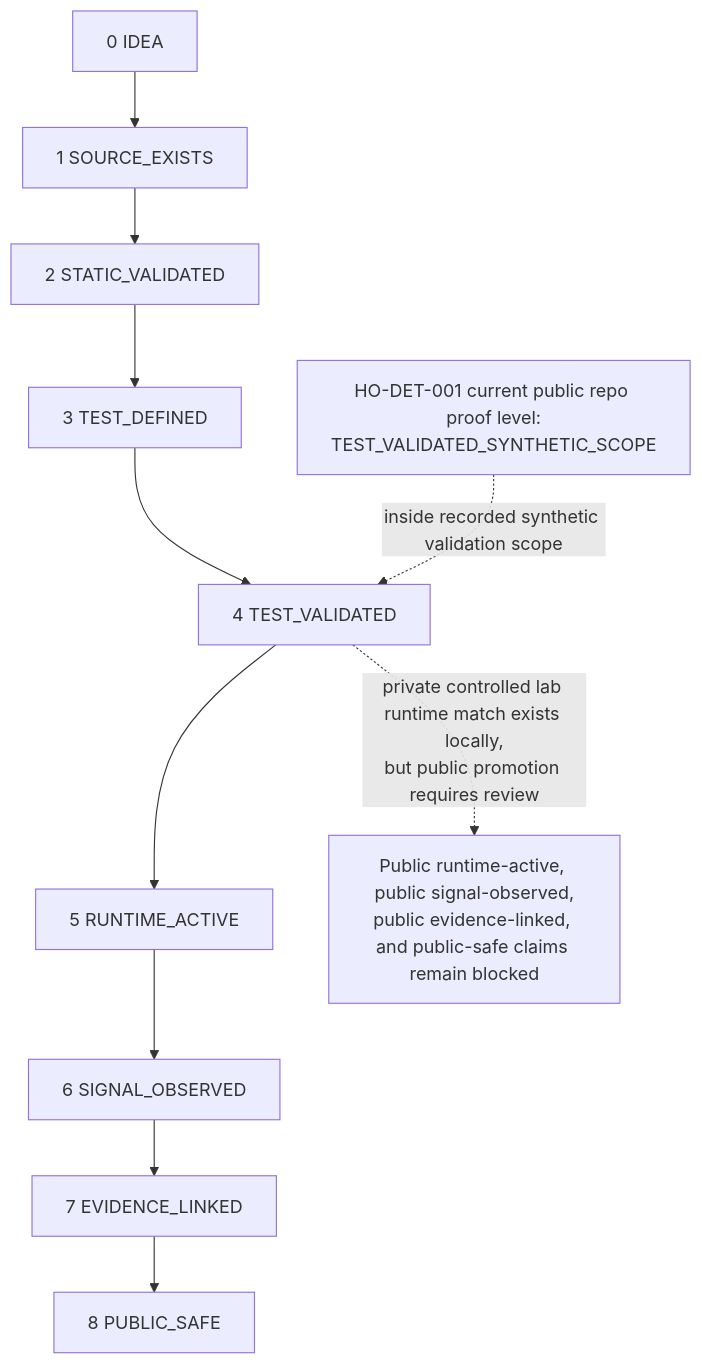
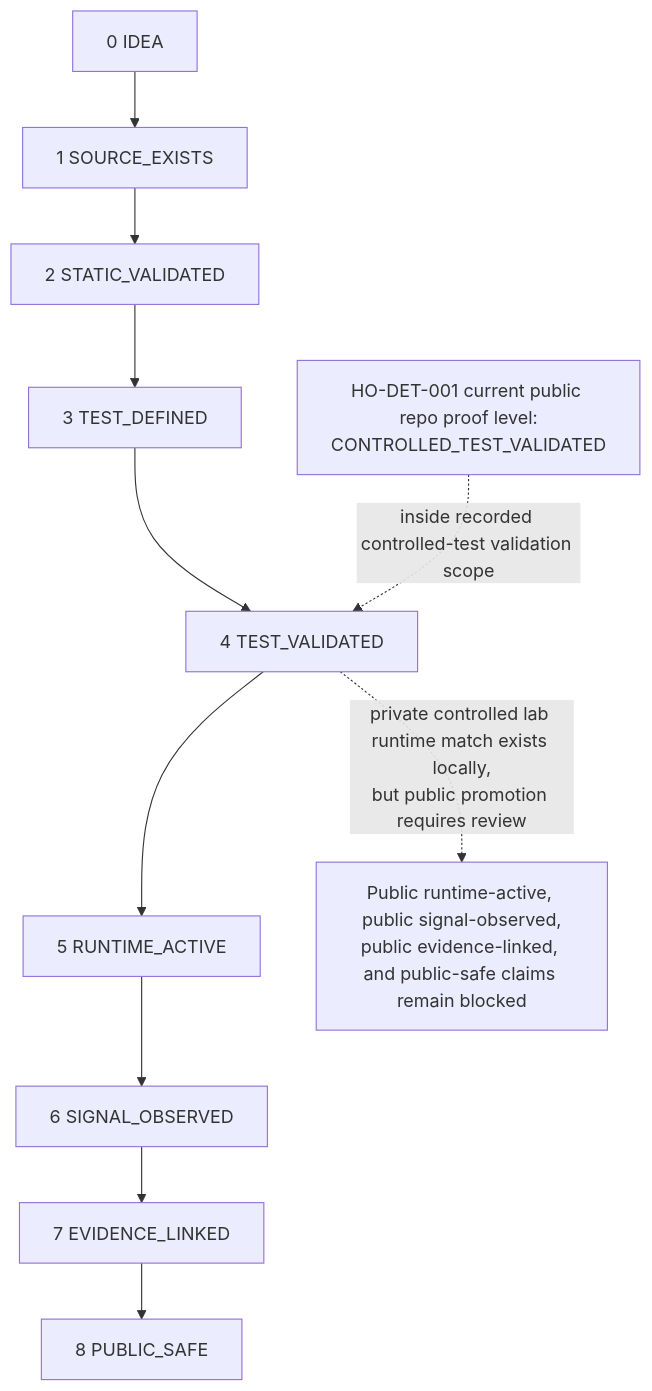
Before and after one commit to HawkinsOperations/.github: the third of 6 diagrams in wiki/11_ORG_SYSTEM_MAP.md, drawn with Mermaid. The commit also changed other lines of this file and 10 other files, not shown here.

First line of the commit message:
docs(org): standardize controlled-test front door

````diff
--- a/wiki/11_ORG_SYSTEM_MAP.md
+++ b/wiki/11_ORG_SYSTEM_MAP.md
@@ -88,18 +88,18 @@
 ```mermaid
 flowchart TD
     l0["0 IDEA"]
     l1["1 SOURCE_EXISTS"]
     l2["2 STATIC_VALIDATED"]
     l3["3 TEST_DEFINED"]
     l4["4 TEST_VALIDATED"]
     l5["5 RUNTIME_ACTIVE"]
     l6["6 SIGNAL_OBSERVED"]
     l7["7 EVIDENCE_LINKED"]
     l8["8 PUBLIC_SAFE"]
 
     l0 --> l1 --> l2 --> l3 --> l4 --> l5 --> l6 --> l7 --> l8
-    current["HO-DET-001 current public repo proof level:<br/>TEST_VALIDATED_SYNTHETIC_SCOPE"]
-    current -. "inside recorded synthetic validation scope" .-> l4
+    current["HO-DET-001 current public repo proof level:<br/>CONTROLLED_TEST_VALIDATED"]
+    current -. "inside recorded controlled-test validation scope" .-> l4
     blocked["Public runtime-active, public signal-observed,<br/>public evidence-linked, and public-safe claims remain blocked"]
     l4 -. "private controlled lab runtime match exists locally,<br/>but public promotion requires review" .-> blocked
 ```
````
